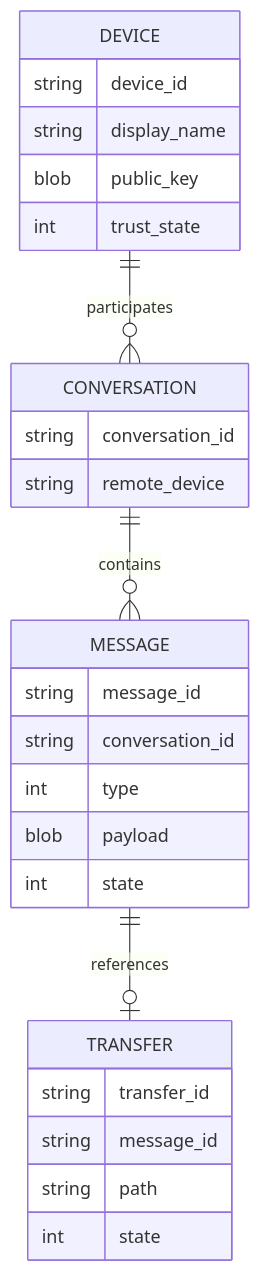
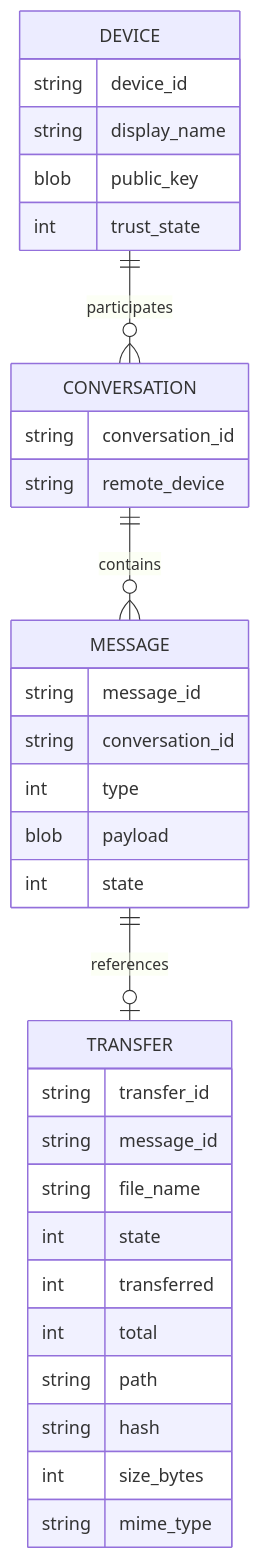
The third of 4 diagrams in docs/design/aki_design.md (Linductor-alkaid/Aki), drawn with Mermaid before and after one commit. The commit also changed other lines of this file and 4 other files, not shown here.

````diff
--- a/docs/design/aki_design.md
+++ b/docs/design/aki_design.md
@@ -553,33 +554,39 @@
 ``` mermaid
 erDiagram
     DEVICE ||--o{ CONVERSATION : participates
     CONVERSATION ||--o{ MESSAGE : contains
     MESSAGE ||--o| TRANSFER : references
 
     DEVICE {
         string device_id
         string display_name
         blob public_key
         int trust_state
     }
 
     CONVERSATION {
         string conversation_id
         string remote_device
     }
 
     MESSAGE {
         string message_id
         string conversation_id
         int type
         blob payload
         int state
     }
 
     TRANSFER {
         string transfer_id
         string message_id
+        string file_name
+        int state
+        int transferred
+        int total
         string path
-        int state
+        string hash
+        int size_bytes
+        string mime_type
     }
 ```
````
